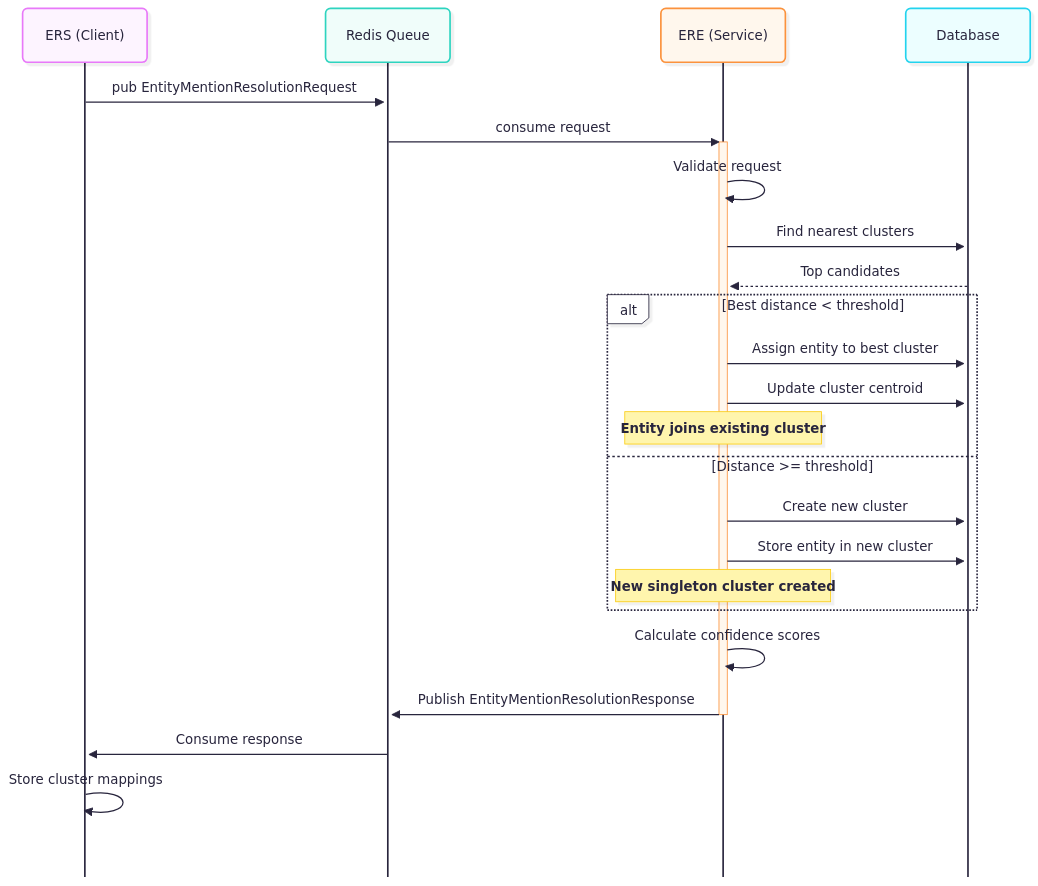
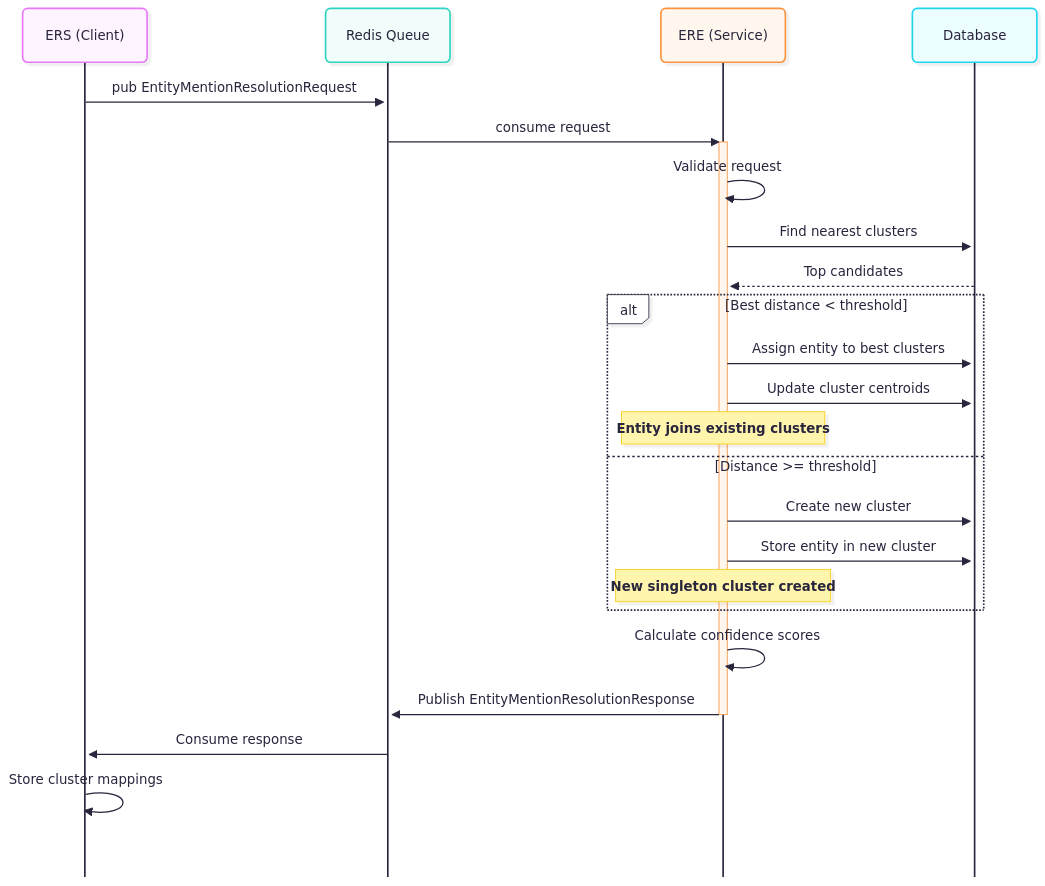
One commit to OP-TED/entity-resolution-spec changed the diagram in docs/ere-interface-seq-diag.md. Above: the diagram before and after it, drawn with Mermaid.

Commit message:
fix: fix minor wording issues with the ERE sequence diagram

````diff
--- a/docs/ere-interface-seq-diag.md
+++ b/docs/ere-interface-seq-diag.md
@@ -8,44 +8,44 @@
 ```mermaid
 ---
 config:
   look: neo
   theme: redux-color
   mirrorActors: false
   sequence:
     bottomMarginAdj: 0.1
 ---
 sequenceDiagram
     participant ERS as ERS (Client)
     participant Queue as Redis Queue
     participant ERE as ERE (Service)
     participant DB as Database
 
     ERS->>Queue: pub EntityMentionResolutionRequest
 
     Queue->>ERE: consume request
     activate ERE
 
     ERE->>ERE: Validate request
 
     ERE->>DB: Find nearest clusters
     DB-->>ERE: Top candidates
 
     alt Best distance < threshold
-        ERE->>DB: Assign entity to best cluster
-        ERE->>DB: Update cluster centroid
-        Note over ERE: Entity joins existing cluster
+        ERE->>DB: Assign entity to best clusters
+        ERE->>DB: Update cluster centroids
+        Note over ERE: Entity joins existing clusters
     else Distance >= threshold
         ERE->>DB: Create new cluster
         ERE->>DB: Store entity in new cluster
         Note over ERE: New singleton cluster created
     end
 
     ERE->>ERE: Calculate confidence scores
 
     ERE->>Queue: Publish EntityMentionResolutionResponse
 
     deactivate ERE
 
     Queue->>ERS: Consume response
     ERS->>ERS: Store cluster mappings
 ```
````
